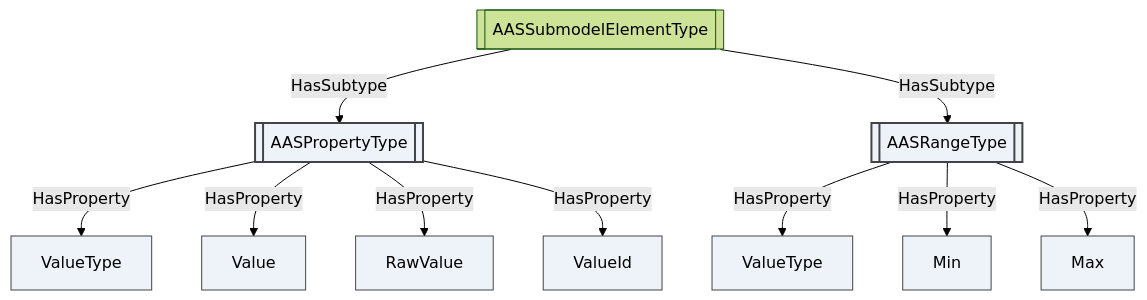
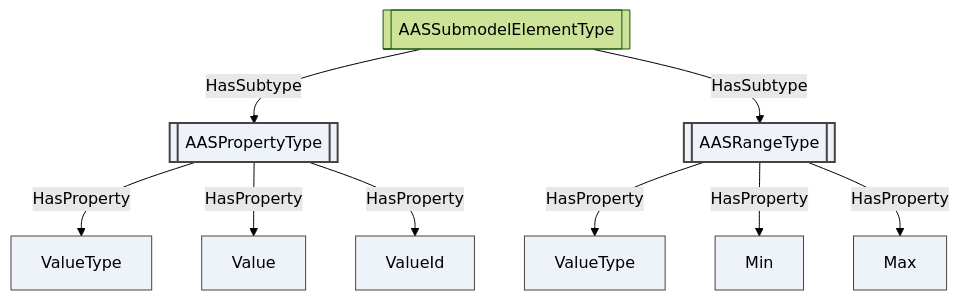
The eighth of 14 diagrams in companion-specs/AAS/OPC-UA-AAS.md (marcschier/opcua-drafts), drawn with Mermaid (forest theme) before and after one commit. The commit also changed other lines of this file and 9 other files, not shown here.

````diff
--- a/companion-specs/AAS/OPC-UA-AAS.md
+++ b/companion-specs/AAS/OPC-UA-AAS.md
@@ -704,27 +758,25 @@
 ```mermaid
 flowchart TD
   SET[[AASSubmodelElementType]]:::objecttype,abstract
   PRP[[AASPropertyType]]:::objecttype
   RNG[[AASRangeType]]:::objecttype
   VT[ValueType]:::variable
   VAL[Value]:::variable
-  RAW[RawValue]:::variable
   VID[ValueId]:::variable
   RVT[ValueType]:::variable
   MIN[Min]:::variable
   MAX[Max]:::variable
 
   SET -->|HasSubtype| PRP
   SET -->|HasSubtype| RNG
   PRP -->|HasProperty| VT
   PRP -->|HasProperty| VAL
-  PRP -->|HasProperty| RAW
   PRP -->|HasProperty| VID
   RNG -->|HasProperty| RVT
   RNG -->|HasProperty| MIN
   RNG -->|HasProperty| MAX
 
   classDef variable fill:#eef3fa,stroke:#444
   classDef objecttype fill:#eef3fa,stroke:#444,stroke-width:2px
   classDef abstract fill:#eef3fa,stroke:#444,stroke-width:2px,font-style:italic
 ```
````
